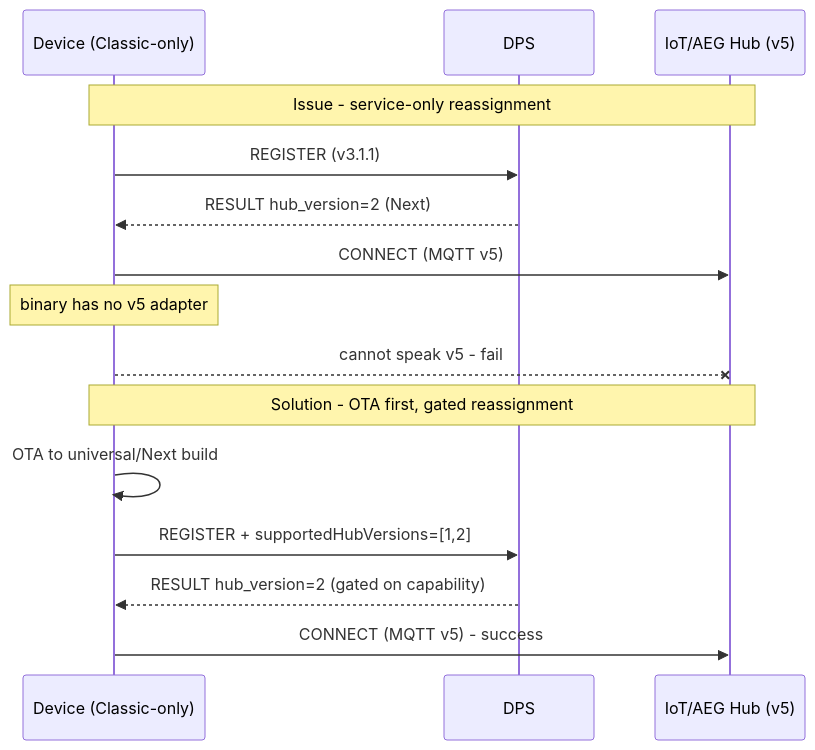
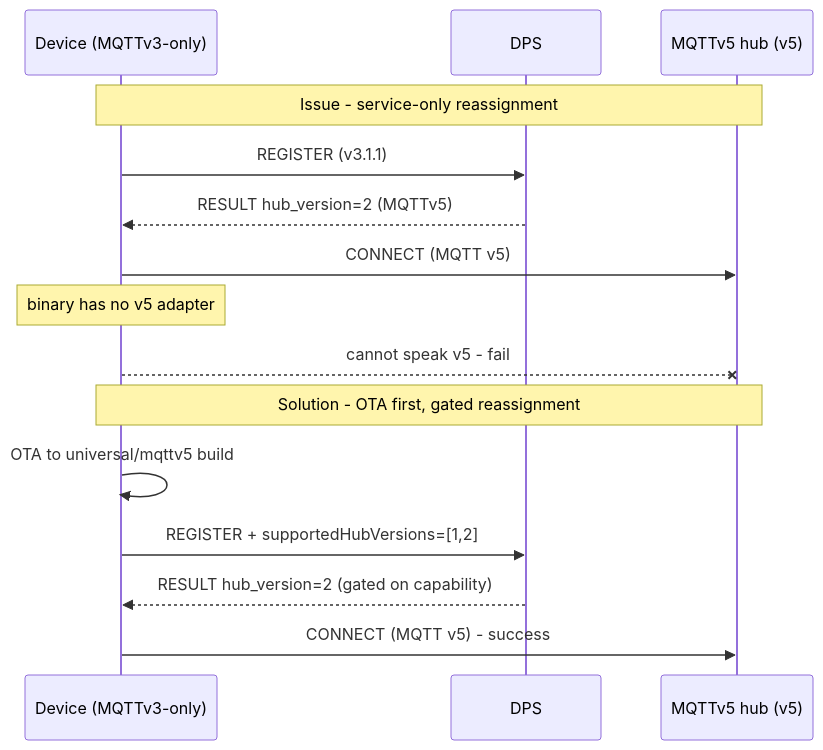
The second of 20 diagrams in c/docs/eng/split-client.md (Azure/azure-iot-sdk), drawn with Mermaid before and after one commit. The commit also changed other lines of this file and 99 other files, not shown here.

First line of the commit message:
[C] Rename Classic/Next/AEG to MQTTv3/MQTTv5 (#274)

````diff
--- a/c/docs/eng/split-client.md
+++ b/c/docs/eng/split-client.md
@@ -129,19 +129,19 @@
 ```mermaid
 sequenceDiagram
-    participant Dev as Device (Classic-only)
+    participant Dev as Device (MQTTv3-only)
     participant DPS
-    participant Next as IoT/AEG Hub (v5)
+    participant MQTTv5 as MQTTv5 hub (v5)
 
-    Note over Dev,Next: Issue - service-only reassignment
+    Note over Dev,MQTTv5: Issue - service-only reassignment
     Dev->>DPS: REGISTER (v3.1.1)
-    DPS-->>Dev: RESULT hub_version=2 (Next)
-    Dev->>Next: CONNECT (MQTT v5)
+    DPS-->>Dev: RESULT hub_version=2 (MQTTv5)
+    Dev->>MQTTv5: CONNECT (MQTT v5)
     Note over Dev: binary has no v5 adapter
-    Dev--xNext: cannot speak v5 - fail
+    Dev--xMQTTv5: cannot speak v5 - fail
 
-    Note over Dev,Next: Solution - OTA first, gated reassignment
-    Dev->>Dev: OTA to universal/Next build
+    Note over Dev,MQTTv5: Solution - OTA first, gated reassignment
+    Dev->>Dev: OTA to universal/mqttv5 build
     Dev->>DPS: REGISTER + supportedHubVersions=[1,2]
     DPS-->>Dev: RESULT hub_version=2 (gated on capability)
-    Dev->>Next: CONNECT (MQTT v5) - success
+    Dev->>MQTTv5: CONNECT (MQTT v5) - success
 ```
````
